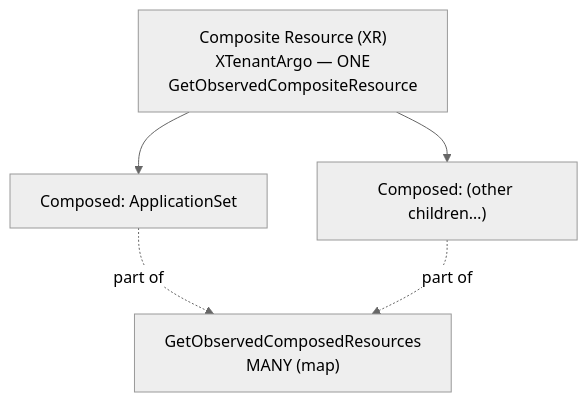
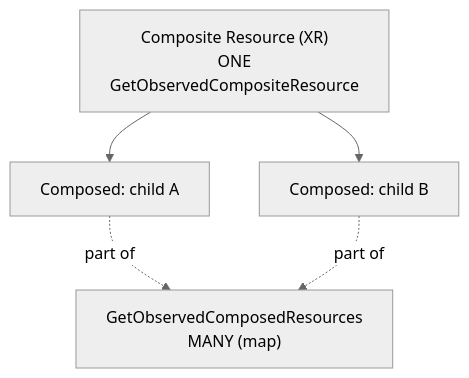
The diagram in functions/CompositeVsComposed.md (rezakaramad/crosskit), drawn with Mermaid (neutral theme) before and after one commit.

Commit message:
chore: update diagram

````diff
--- a/functions/CompositeVsComposed.md
+++ b/functions/CompositeVsComposed.md
@@ -3,7 +3,7 @@
 ```mermaid
 flowchart TD
-    XR["Composite Resource (XR)<br/>XTenantArgo — ONE<br/>GetObservedCompositeResource"] --> C1["Composed: ApplicationSet"]
-    XR --> C2["Composed: (other children…)"]
+    XR["Composite Resource (XR)<br/>ONE<br/>GetObservedCompositeResource"] --> C1["Composed: child A"]
+    XR --> C2["Composed: child B"]
     C1 -.->|part of| OBS["GetObservedComposedResources<br/>MANY (map)"]
     C2 -.->|part of| OBS
 ```
````
